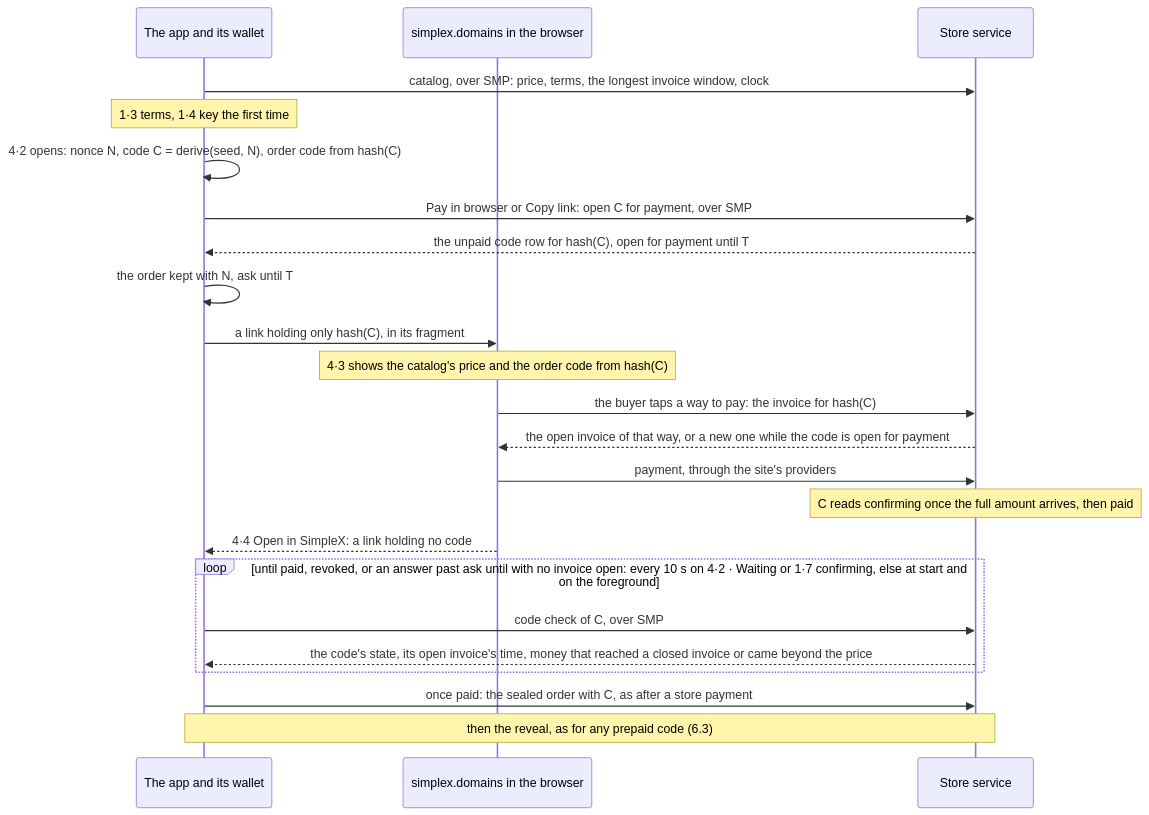
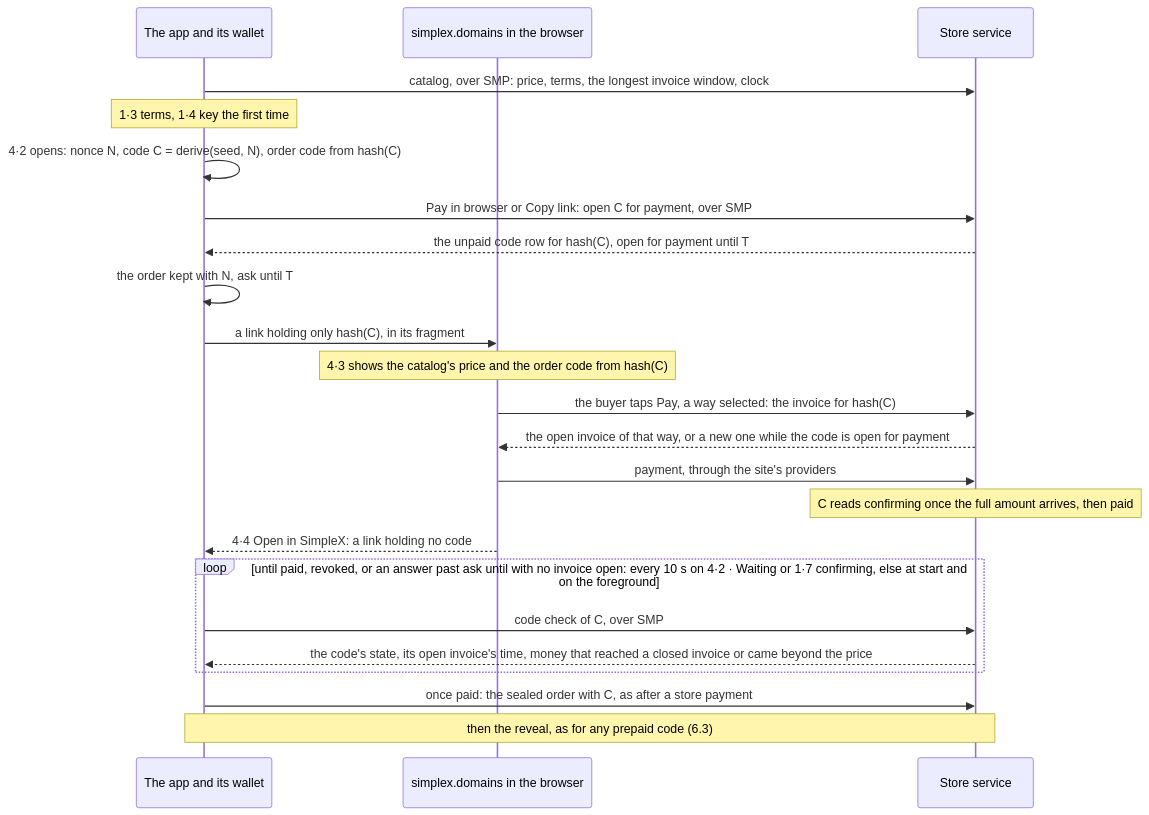
One commit to simplex-chat/simplex-chat changed the third of 4 diagrams in plans/2026-10-30-names-in-app-purchases.md. Above: the diagram before and after it, drawn with Mermaid. The commit also changed other lines of this file, not shown here.

Commit message:
docs: names plan follows the decision page's questions and invoice

````diff
--- a/plans/2026-10-30-names-in-app-purchases.md
+++ b/plans/2026-10-30-names-in-app-purchases.md
@@ -724,25 +724,25 @@
 ```mermaid
 sequenceDiagram
   participant App as The app and its wallet
   participant Page as simplex.domains in the browser
   participant Svc as Store service
   App->>Svc: catalog, over SMP: price, terms, the longest invoice window, clock
   Note over App: 1·3 terms, 1·4 key the first time
   App->>App: 4·2 opens: nonce N, code C = derive(seed, N), order code from hash(C)
   App->>Svc: Pay in browser or Copy link: open C for payment, over SMP
   Svc-->>App: the unpaid code row for hash(C), open for payment until T
   App->>App: the order kept with N, ask until T
   App->>Page: a link holding only hash(C), in its fragment
   Note over Page: 4·3 shows the catalog's price and the order code from hash(C)
-  Page->>Svc: the buyer taps a way to pay: the invoice for hash(C)
+  Page->>Svc: the buyer taps Pay, a way selected: the invoice for hash(C)
   Svc-->>Page: the open invoice of that way, or a new one while the code is open for payment
   Page->>Svc: payment, through the site's providers
   Note over Svc: C reads confirming once the full amount arrives, then paid
   Page-->>App: 4·4 Open in SimpleX: a link holding no code
   loop until paid, revoked, or an answer past ask until with no invoice open: every 10 s on 4·2 · Waiting or 1·7 confirming, else at start and on the foreground
     App->>Svc: code check of C, over SMP
     Svc-->>App: the code's state, its open invoice's time, money that reached a closed invoice or came beyond the price
   end
   App->>Svc: once paid: the sealed order with C, as after a store payment
   Note over App,Svc: then the reveal, as for any prepaid code (6.3)
 ```
````
